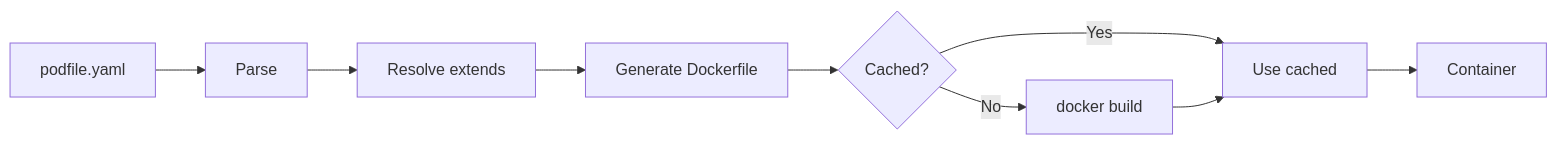
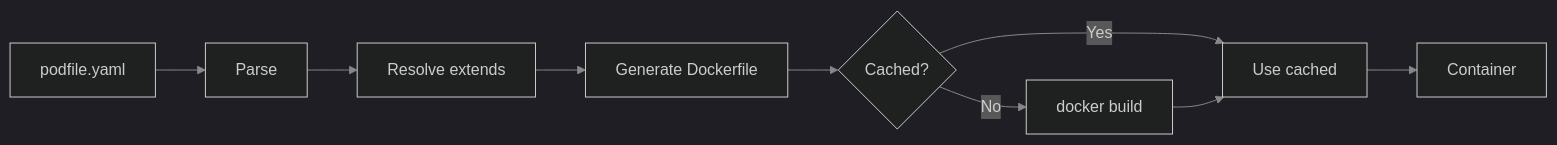
One commit to podspawn/podspawn-docs changed the diagram in content/docs/podfile/overview.mdx. Above: the diagram before and after it, drawn with Mermaid. The commit also changed 6 other files, not shown here.

First line of the commit message:
fix: three visual issues -- TypeTable, Mermaid colors, ASCII art

````diff
--- a/content/docs/podfile/overview.mdx
+++ b/content/docs/podfile/overview.mdx
@@ -268,11 +268,12 @@
 ```mermaid
+%%{init: {"theme": "dark", "themeVariables": {"primaryColor": "#DF3F00", "primaryTextColor": "#fff", "primaryBorderColor": "#DF3F00", "lineColor": "#888", "secondaryColor": "#2a1a0a", "tertiaryColor": "#1a1a1a"}}}%%
 graph LR
     A["podfile.yaml"] --> B["Parse"]
     B --> C["Resolve extends"]
     C --> D["Generate Dockerfile"]
     D --> E{Cached?}
     E -->|Yes| F["Use cached"]
     E -->|No| G["docker build"]
     G --> F
     F --> H["Container"]
 ```
````
